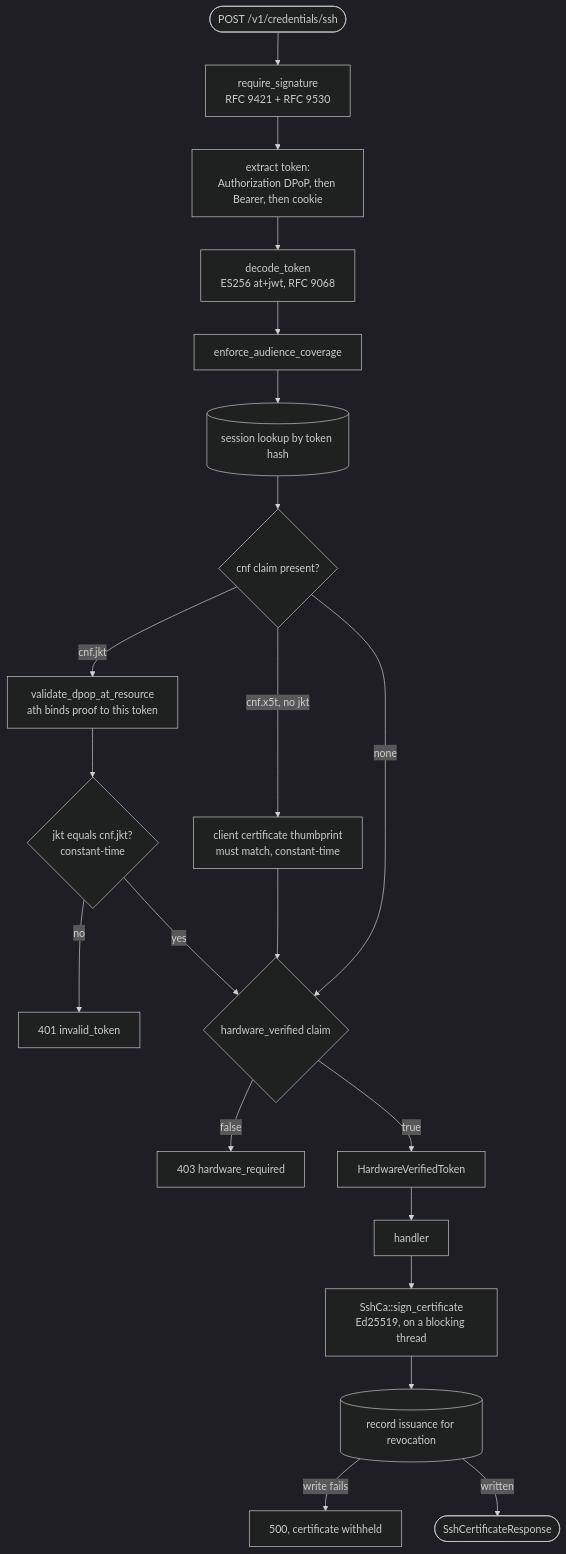
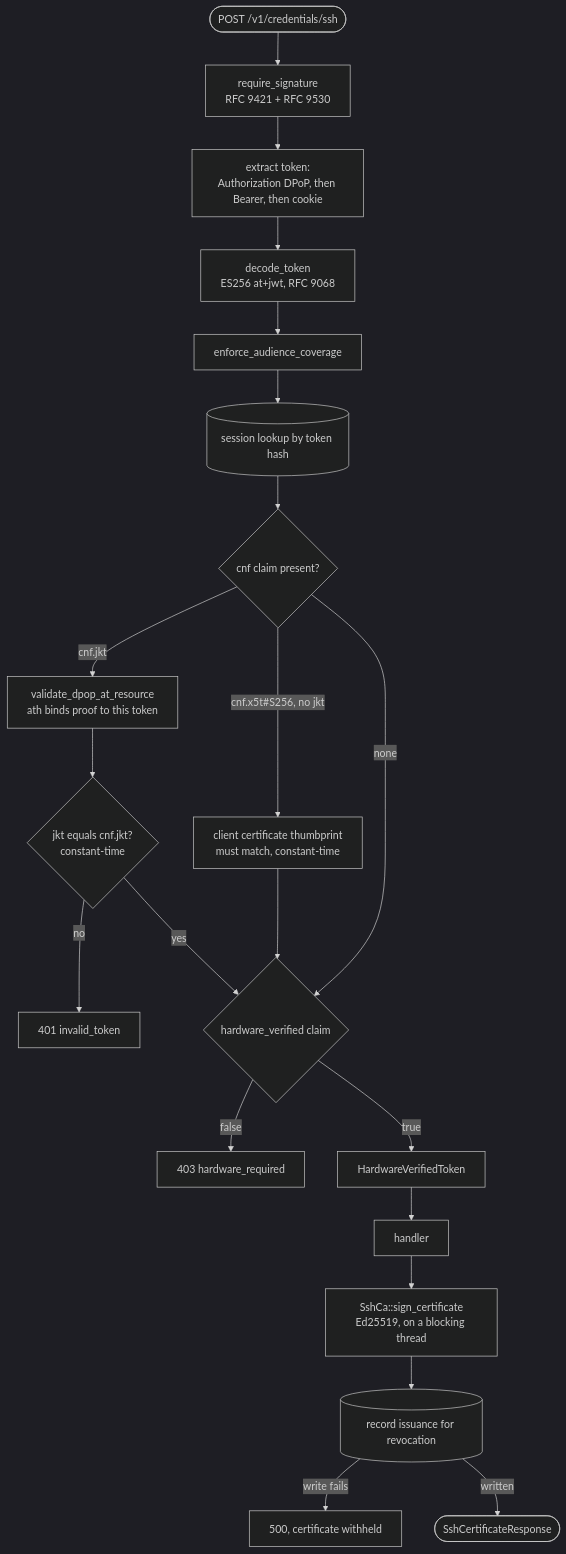
The sixth of 7 diagrams in crates/vouch-server/ARCHITECTURE.md (vouch-sh/vouch), drawn with Mermaid (dark theme) before and after one commit. The commit also changed other lines of this file and 1 other file, not shown here.

First line of the commit message:
docs(server): correct ARCHITECTURE.md against the current code (#1417)

````diff
--- a/crates/vouch-server/ARCHITECTURE.md
+++ b/crates/vouch-server/ARCHITECTURE.md
@@ -303,23 +326,23 @@
 ```mermaid
 flowchart TB
   req(["POST /v1/credentials/ssh"]) --> sig["require_signature<br/>RFC 9421 + RFC 9530"]
   sig --> e1["extract token:<br/>Authorization DPoP, then Bearer, then cookie"]
   e1 --> e2["decode_token<br/>ES256 at+jwt, RFC 9068"]
   e2 --> e3["enforce_audience_coverage"]
   e3 --> e4[("session lookup by token hash")]
   e4 --> bind{"cnf claim present?"}
   bind -- "cnf.jkt" --> dpop["validate_dpop_at_resource<br/>ath binds proof to this token"]
   dpop --> jkt{"jkt equals cnf.jkt?<br/>constant-time"}
   jkt -- "no" --> r401["401 invalid_token"]
-  bind -- "cnf.x5t, no jkt" --> mtls["client certificate thumbprint<br/>must match, constant-time"]
+  bind -- "cnf.x5t#S256, no jkt" --> mtls["client certificate thumbprint<br/>must match, constant-time"]
   mtls --> hw
   jkt -- "yes" --> hw
   bind -- "none" --> hw
   hw{"hardware_verified claim"} -- "false" --> r403["403 hardware_required"]
   hw -- "true" --> tokty["HardwareVerifiedToken"]
   tokty --> h["handler"]
   h --> ssh["SshCa::sign_certificate<br/>Ed25519, on a blocking thread"]
   ssh --> rec[("record issuance for revocation")]
   rec -- "write fails" --> r500["500, certificate withheld"]
   rec -- "written" --> resp(["SshCertificateResponse"])
 ```
````
